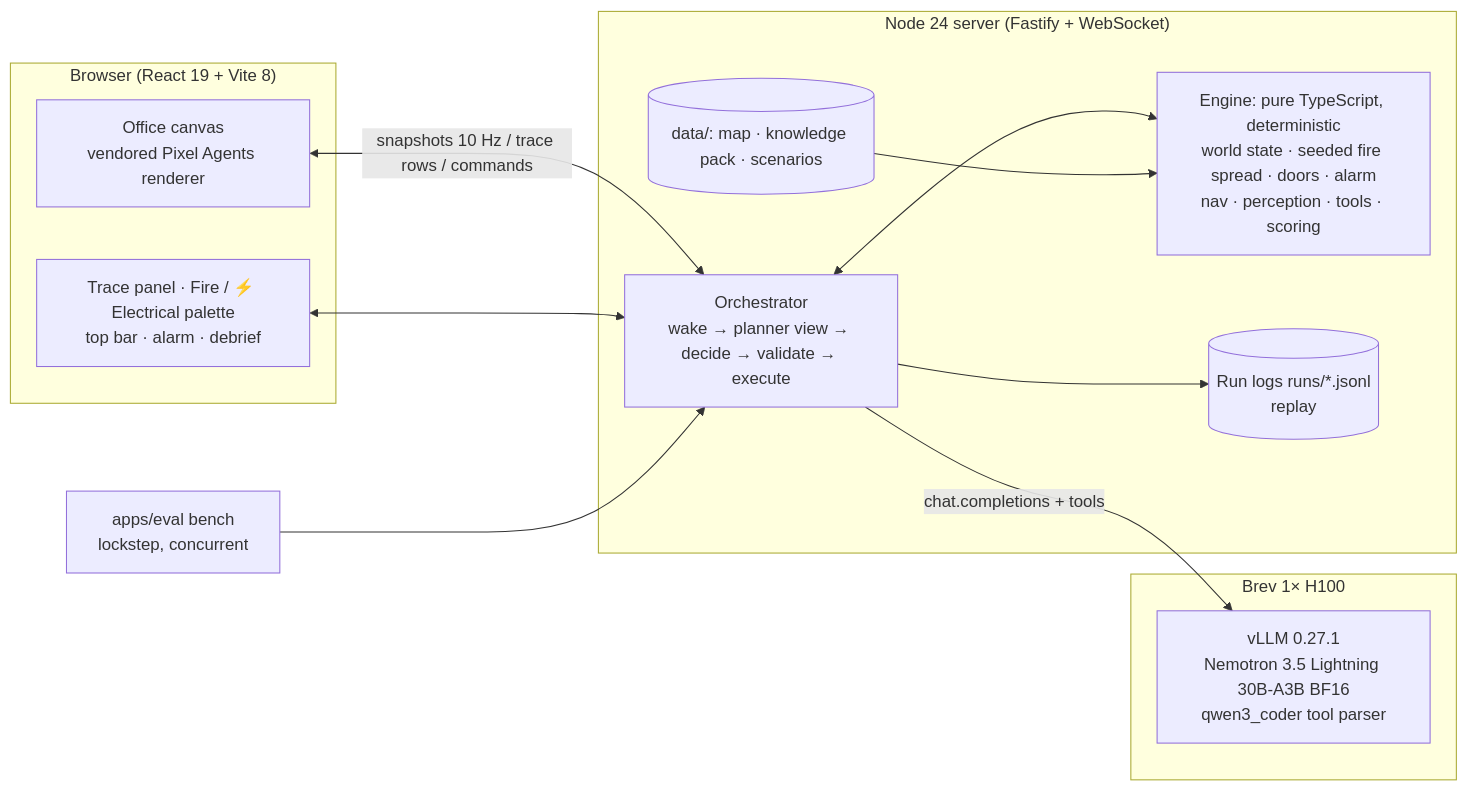
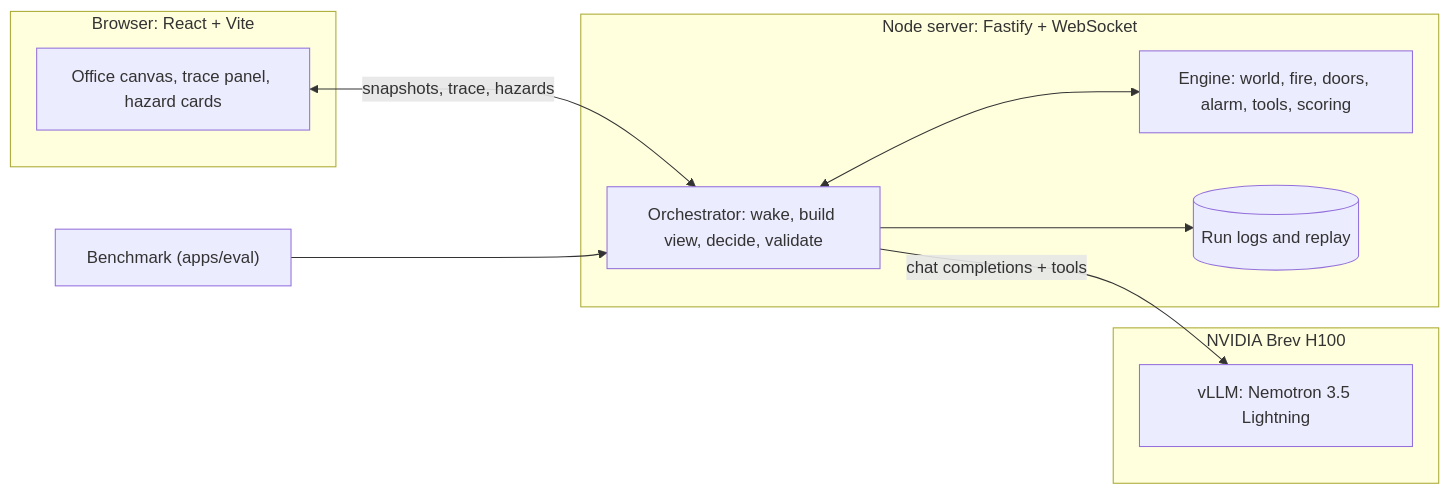
The diagram in README.md (RameezMilk/escape-redhat), drawn with Mermaid before and after one commit. The commit also changed other lines of this file and 23 other files, not shown here.

First line of the commit message:
README rewrite to the submission structure; final office-v2 benchmark; screenshots

````diff
--- a/README.md
+++ b/README.md
@@ -55,23 +80,19 @@
 ```mermaid
 flowchart LR
-  subgraph Browser["Browser (React 19 + Vite 8)"]
-    V[Office canvas<br/>vendored Pixel Agents renderer]
-    T[Trace panel · Fire / ⚡ Electrical palette<br/>top bar · alarm · debrief]
+  subgraph Browser["Browser: React + Vite"]
+    UI["Office canvas, trace panel, hazard cards"]
   end
-  subgraph Server["Node 24 server (Fastify + WebSocket)"]
-    O[Orchestrator<br/>wake → planner view → decide → validate → execute]
-    E[Engine: pure TypeScript, deterministic<br/>world state · seeded fire spread · doors · alarm<br/>nav · perception · tools · scoring]
-    L[(Run logs runs/*.jsonl<br/>replay)]
-    D[(data/: map · knowledge pack · scenarios)]
+  subgraph Server["Node server: Fastify + WebSocket"]
+    O["Orchestrator: wake, build view, decide, validate"]
+    E["Engine: world, fire, doors, alarm, tools, scoring"]
+    L[("Run logs and replay")]
   end
-  subgraph GPU["Brev 1× H100"]
-    M[vLLM 0.27.1<br/>Nemotron 3.5 Lightning 30B-A3B BF16<br/>qwen3_coder tool parser]
+  subgraph GPU["NVIDIA Brev H100"]
+    M["vLLM: Nemotron 3.5 Lightning"]
   end
-  V <-- snapshots 10 Hz / trace rows / commands --> O
-  T <--> O
+  UI <-->|"snapshots, trace, hazards"| O
   O <--> E
-  O -- chat.completions + tools --> M
+  O -->|"chat completions + tools"| M
   O --> L
-  D --> E
-  B[apps/eval bench<br/>lockstep, concurrent] --> O
+  B["Benchmark (apps/eval)"] --> O
 ```
````
